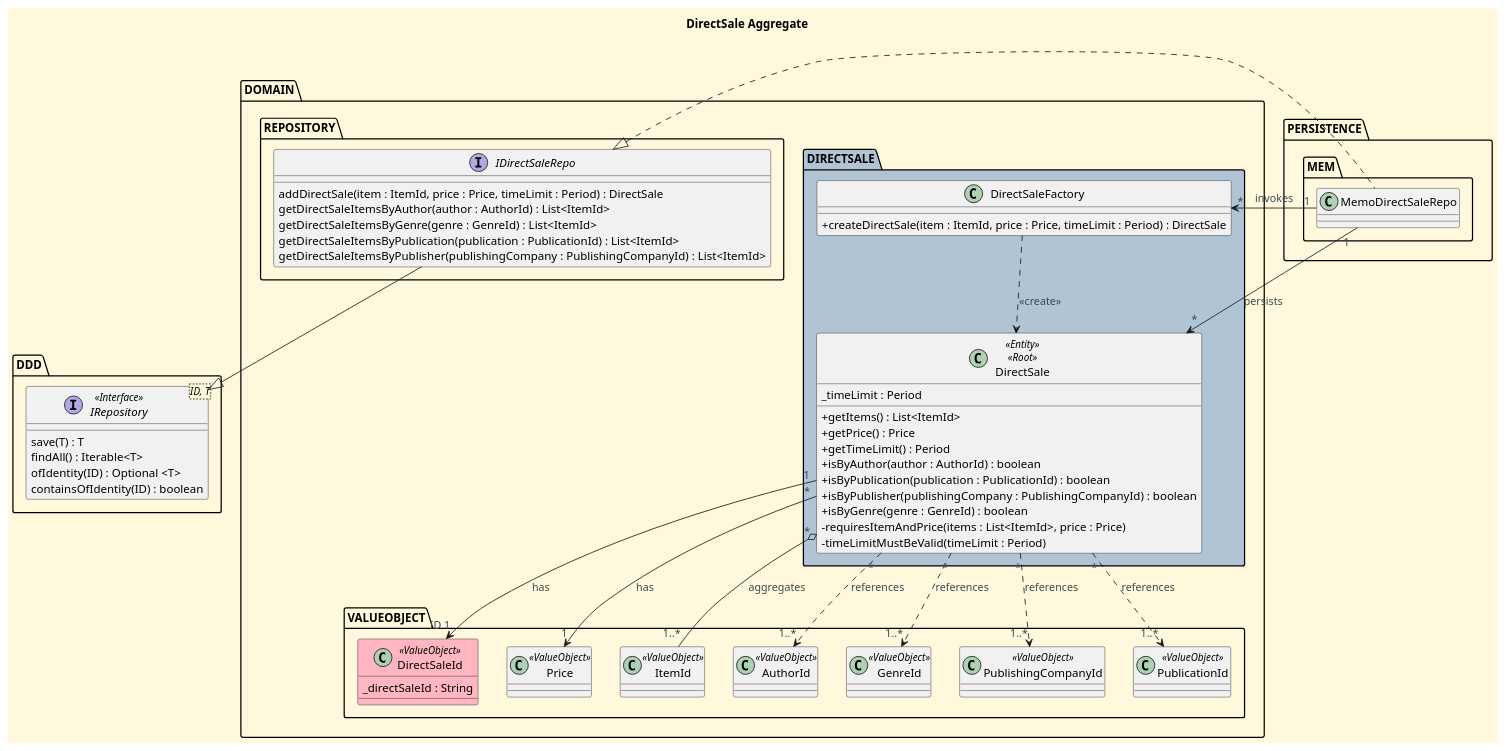
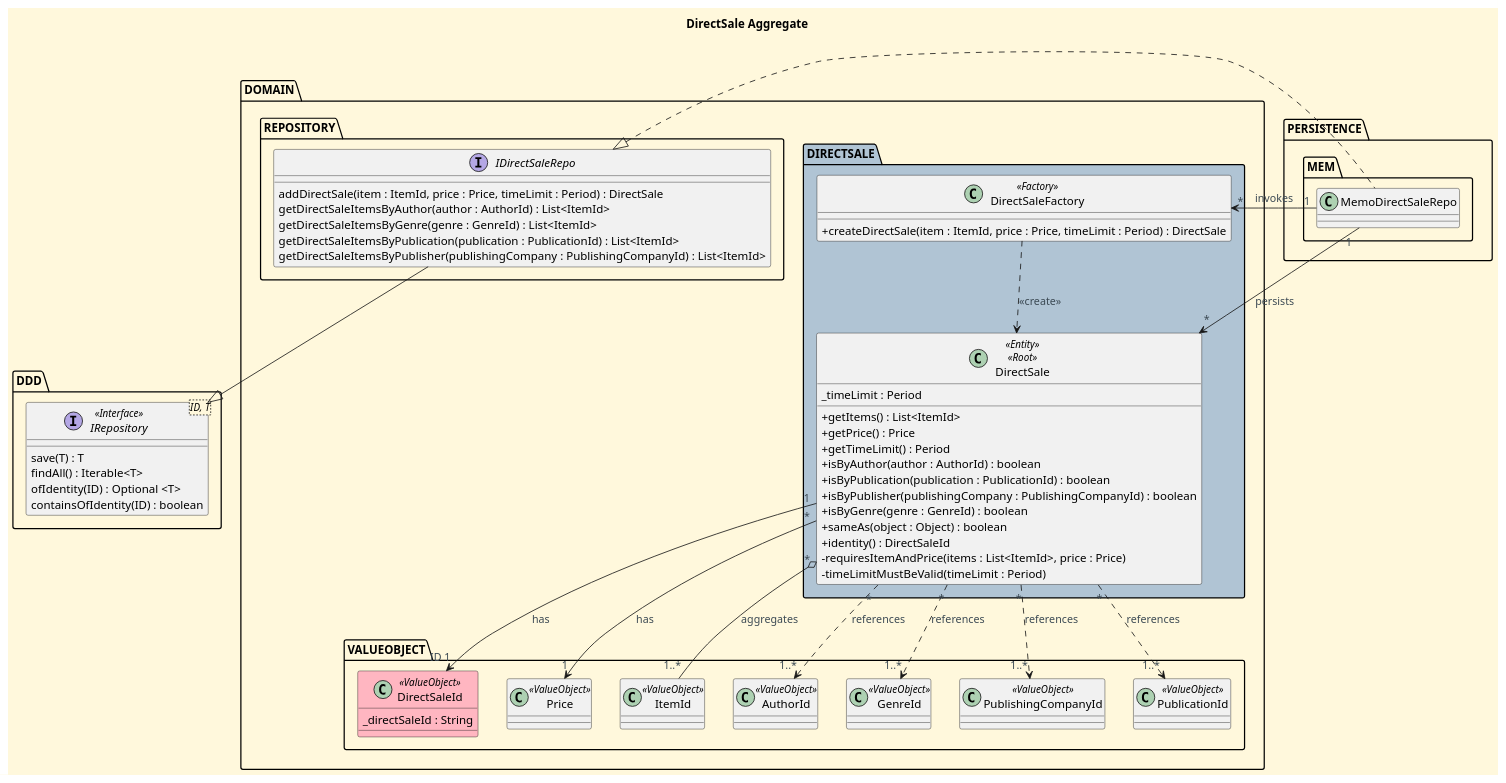
The diagram in docs/aggregates-diagrams/DirectSale_Aggregate.puml (CarolinaLeite-collab/JavaMarketplacePlatform), drawn with PlantUML before and after one commit.

Commit message:
docs: updates DirectSale Aggregate diagram to include missing methods, refs #461

```diff
--- a/docs/aggregates-diagrams/DirectSale_Aggregate.puml
+++ b/docs/aggregates-diagrams/DirectSale_Aggregate.puml
@@ -1,109 +1,111 @@
 @startuml
 
 '==== Title ====
 title DirectSale Aggregate
 top to bottom direction
 
 '==== basic style ====
 skinparam monochrome false
 skinparam shadowing false
 skinparam defaultFontName Futura
 skinparam objectFontSize 20
 skinparam backgroundColor CornSilk
 skinparam objectBackgroundColor WhiteSmoke
 skinparam noteBackgroundColor #FFFFE0
 skinparam ArrowFontColor #3B4953
 skinparam ActivationBackgroundColor black
 skinparam classAttributeIconSize 0
 
 
 ' ===== Domain =====
 Package "DOMAIN" {
 
     Package "DIRECTSALE" #b0c4d4 {
         class DirectSale <<Entity>> <<Root>> {
             _timeLimit : Period
             +getItems() : List<ItemId>
             +getPrice() : Price
             +getTimeLimit() : Period
             +isByAuthor(author : AuthorId) : boolean
             +isByPublication(publication : PublicationId) : boolean
             +isByPublisher(publishingCompany : PublishingCompanyId) : boolean
             +isByGenre(genre : GenreId) : boolean
+            +sameAs(object : Object) : boolean
+            +identity() : DirectSaleId
             -requiresItemAndPrice(items : List<ItemId>, price : Price)
             -timeLimitMustBeValid(timeLimit : Period)
             }
 
-            class DirectSaleFactory {
+            class DirectSaleFactory <<Factory>> {
             + createDirectSale(item : ItemId, price : Price, timeLimit : Period) : DirectSale
             }
 }
 Package "REPOSITORY" {
 interface IDirectSaleRepo{
 addDirectSale(item : ItemId, price : Price, timeLimit : Period) : DirectSale
 getDirectSaleItemsByAuthor(author : AuthorId) : List<ItemId>
 getDirectSaleItemsByGenre(genre : GenreId) : List<ItemId>
 getDirectSaleItemsByPublication(publication : PublicationId) : List<ItemId>
 getDirectSaleItemsByPublisher(publishingCompany : PublishingCompanyId) : List<ItemId>
 }
 
 }
 
 Package "VALUEOBJECT" {
 '== Value Objects (Ids) ==
 class DirectSaleId <<ValueObject>> #LightPink{
 _directSaleId : String
 }
 
 
 ' ===== Value Objects =====
 class Price <<ValueObject>>
 class ItemId <<ValueObject>>
 
 '==== Cross-aggregate ID references ====
 class AuthorId <<ValueObject>>
 class GenreId <<ValueObject>>
 class PublishingCompanyId <<ValueObject>>
 class PublicationId <<ValueObject>>
 }
 }
 
 Package "PERSISTENCE" {
 Package "MEM"{
 class MemoDirectSaleRepo{
 }
 }
 }
 
 Package "DDD" {
 
     interface IRepository<ID, T> <<Interface>> {
     save(T) : T
     findAll() : Iterable<T>
     ofIdentity(ID) : Optional <T>
     containsOfIdentity(ID) : boolean
     }
 
 }
 DirectSale "1" --> "ID 1" DirectSaleId : has
 
 MemoDirectSaleRepo "1" --> "*" DirectSaleFactory : invokes
 MemoDirectSaleRepo "1" --> "*" DirectSale : persists
 
 DirectSale "*" --> "1" Price : has
 DirectSale "*" o--  "1..*" ItemId : aggregates
 DirectSale "*" ..> "1..*" AuthorId : references
 DirectSale "*" ..> "1..*" GenreId : references
 DirectSale "*" ..> "1..*" PublicationId : references
 DirectSale "*" ..> "1..*" PublishingCompanyId : references
 
 ' ===== Factory =====
 DirectSaleFactory ..> DirectSale : <<create>>
 
 
 ' ===== Repository =====
 
 IDirectSaleRepo --|> IRepository
 IDirectSaleRepo <|.. MemoDirectSaleRepo
 
 @enduml
```
